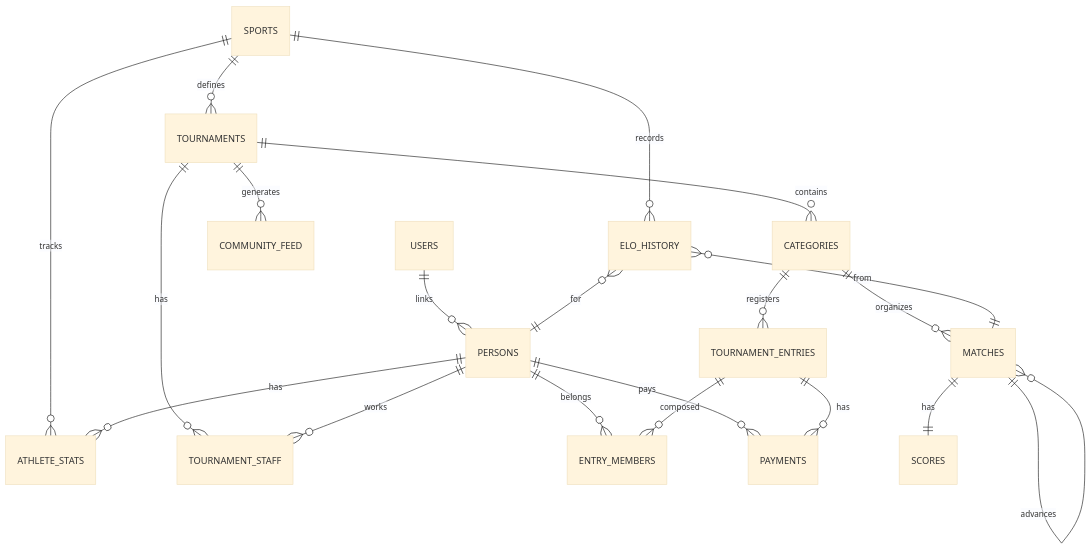
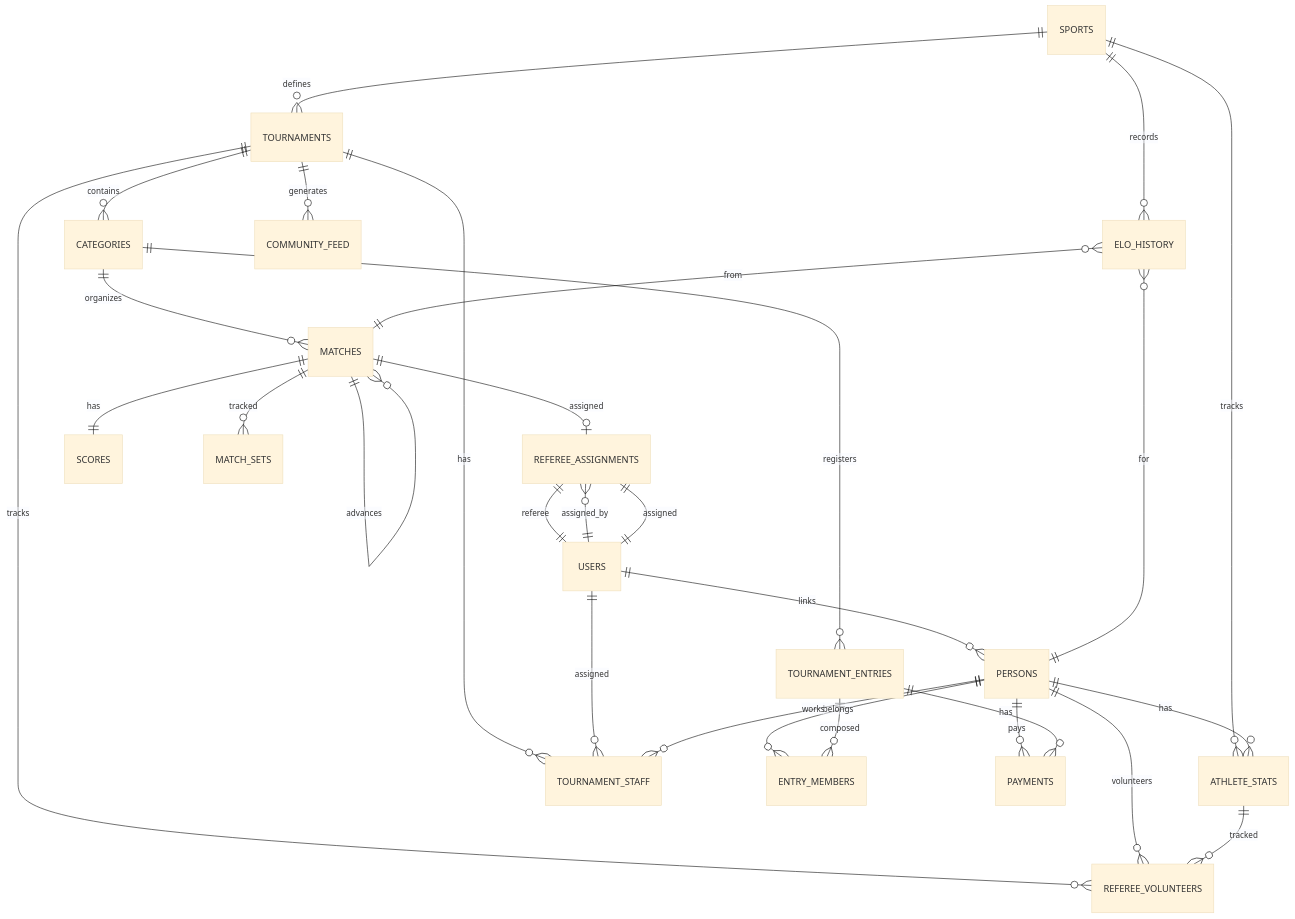
The diagram in webdocs/architecture/ER_DIAGRAM.md (felipe90/rallyOS-app), drawn with Mermaid (base theme) before and after one commit. The commit also changed other lines of this file and 35 other files, not shown here.

````diff
--- a/webdocs/architecture/ER_DIAGRAM.md
+++ b/webdocs/architecture/ER_DIAGRAM.md
@@ -9,28 +10,40 @@
 ```mermaid
 erDiagram
     SPORTS ||--o{ TOURNAMENTS : defines
     SPORTS ||--o{ ATHLETE_STATS : tracks
     SPORTS ||--o{ ELO_HISTORY : records
     
     TOURNAMENTS ||--o{ CATEGORIES : contains
     TOURNAMENTS ||--o{ TOURNAMENT_STAFF : has
     TOURNAMENTS ||--o{ COMMUNITY_FEED : generates
+    TOURNAMENTS ||--o{ REFEREE_VOLUNTEERS : tracks
     
     CATEGORIES ||--o{ TOURNAMENT_ENTRIES : registers
     CATEGORIES ||--o{ MATCHES : organizes
     
     USERS ||--o{ PERSONS : links
+    USERS ||--o{ TOURNAMENT_STAFF : assigned
+    USERS ||--|| REFEREE_ASSIGNMENTS : assigned
+    
     PERSONS ||--o{ ATHLETE_STATS : has
     PERSONS ||--o{ ENTRY_MEMBERS : belongs
     PERSONS ||--o{ TOURNAMENT_STAFF : works
     PERSONS ||--o{ PAYMENTS : pays
+    PERSONS ||--o{ REFEREE_VOLUNTEERS : volunteers
+    
+    ATHLETE_STATS ||--o{ REFEREE_VOLUNTEERS : tracked
     
     TOURNAMENT_ENTRIES ||--o{ ENTRY_MEMBERS : composed
     TOURNAMENT_ENTRIES ||--o{ PAYMENTS : has
     
     MATCHES ||--|| SCORES : has
     MATCHES ||--o{ MATCHES : advances
+    MATCHES ||--o| REFEREE_ASSIGNMENTS : assigned
+    MATCHES ||--o{ MATCH_SETS : tracked
+    
+    REFEREE_ASSIGNMENTS ||--|| USERS : referee
+    REFEREE_ASSIGNMENTS }o--|| USERS : assigned_by
     
     ELO_HISTORY }o--|| PERSONS : for
     ELO_HISTORY }o--|| MATCHES : from
 ```
````
